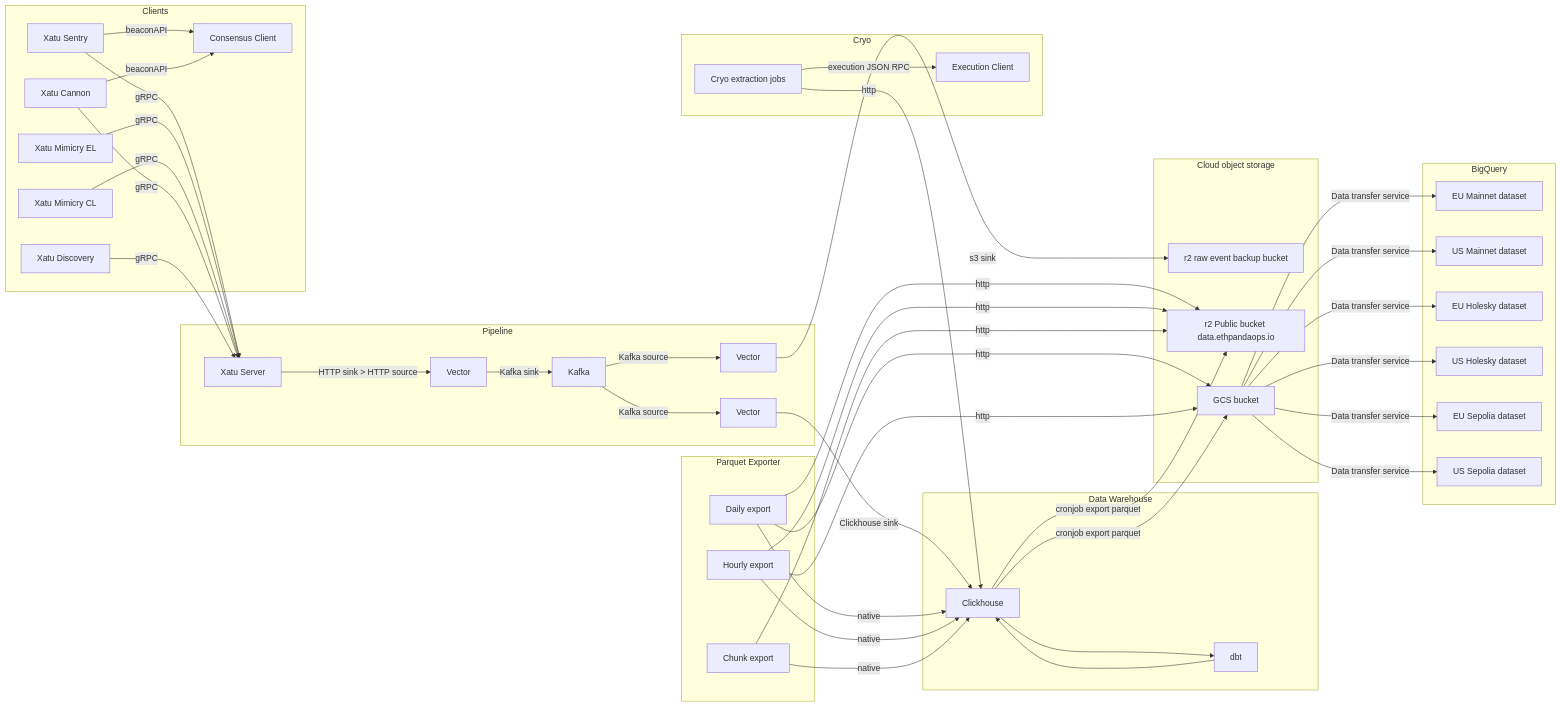
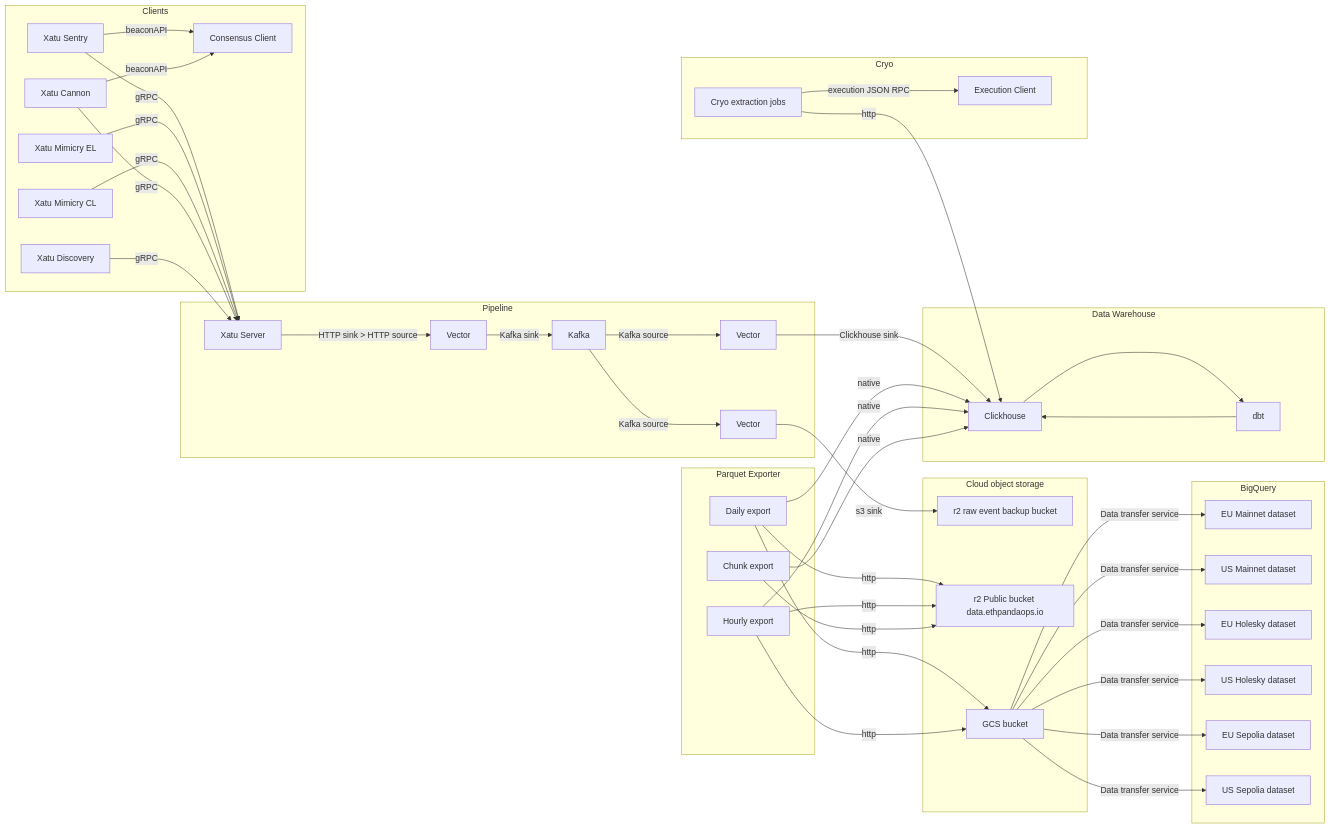
Before and after one commit to ethpandaops/analytics-pipeline: the diagram in README.md, drawn with Mermaid.

Commit message:
fix(README): remove dupe parquet in pipeline graph

````diff
--- a/README.md
+++ b/README.md
@@ -7,50 +7,50 @@
 ```mermaid
 graph LR
     subgraph Pipeline
         XatuServer -->|HTTP sink > HTTP source| Vector1[Vector]
         Vector1 -->|Kafka sink| Kafka
         Kafka -->|Kafka source| Vector2[Vector]
         Kafka -->|Kafka source| Vector3[Vector]
     end
     subgraph Data Warehouse
         Vector2 -->|Clickhouse sink| Clickhouse[Clickhouse]
         Clickhouse --> dbt[dbt]
         dbt --> Clickhouse
     end
     subgraph Cloud object storage
         Vector3 -->|s3 sink| S3Events[r2 raw event backup bucket]
-        Clickhouse -->|cronjob export parquet| S3Public[r2 Public bucket data.ethpandaops.io]
-        Clickhouse -->|cronjob export parquet| S3GCS[GCS bucket]
+        S3Public[r2 Public bucket data.ethpandaops.io]
+        S3GCS[GCS bucket]
     end
     subgraph Clients
         XatuSentry[Xatu Sentry] -->|beaconAPI| ConsensusClient[Consensus Client]
         XatuCannon[Xatu Cannon] -->|beaconAPI| ConsensusClient
         XatuSentry -->|gRPC| XatuServer[Xatu Server]
         XatuMimicryEL[Xatu Mimicry EL] -->|gRPC| XatuServer
         XatuMimicryCL[Xatu Mimicry CL] -->|gRPC| XatuServer
         XatuCannon -->|gRPC| XatuServer
         XatuDiscovery[Xatu Discovery] -->|gRPC| XatuServer
     end
     subgraph Parquet Exporter
         dailyexport[Daily export] -->|http| S3Public
         dailyexport -->|http| S3GCS
         dailyexport -->|native| Clickhouse
         hourlyexport[Hourly export] -->|http| S3Public
         hourlyexport -->|http| S3GCS
         hourlyexport -->|native| Clickhouse
         chunkexport[Chunk export] -->|http| S3Public
         chunkexport -->|native| Clickhouse
     end
     subgraph BigQuery
         S3GCS -->|Data transfer service| EUMainnet[EU Mainnet dataset]
         S3GCS -->|Data transfer service| USMainnet[US Mainnet dataset]
         S3GCS -->|Data transfer service| EUHolesky[EU Holesky dataset]
         S3GCS -->|Data transfer service| USHolesky[US Holesky dataset]
         S3GCS -->|Data transfer service| EUSepolia[EU Sepolia dataset]
         S3GCS -->|Data transfer service| USSepolia[US Sepolia dataset]
     end
     subgraph Cryo
         cryocronjob[Cryo extraction jobs] -->|http| Clickhouse
         cryocronjob-->|execution JSON RPC| ExecutionClient[Execution Client]
     end
 ```
````
